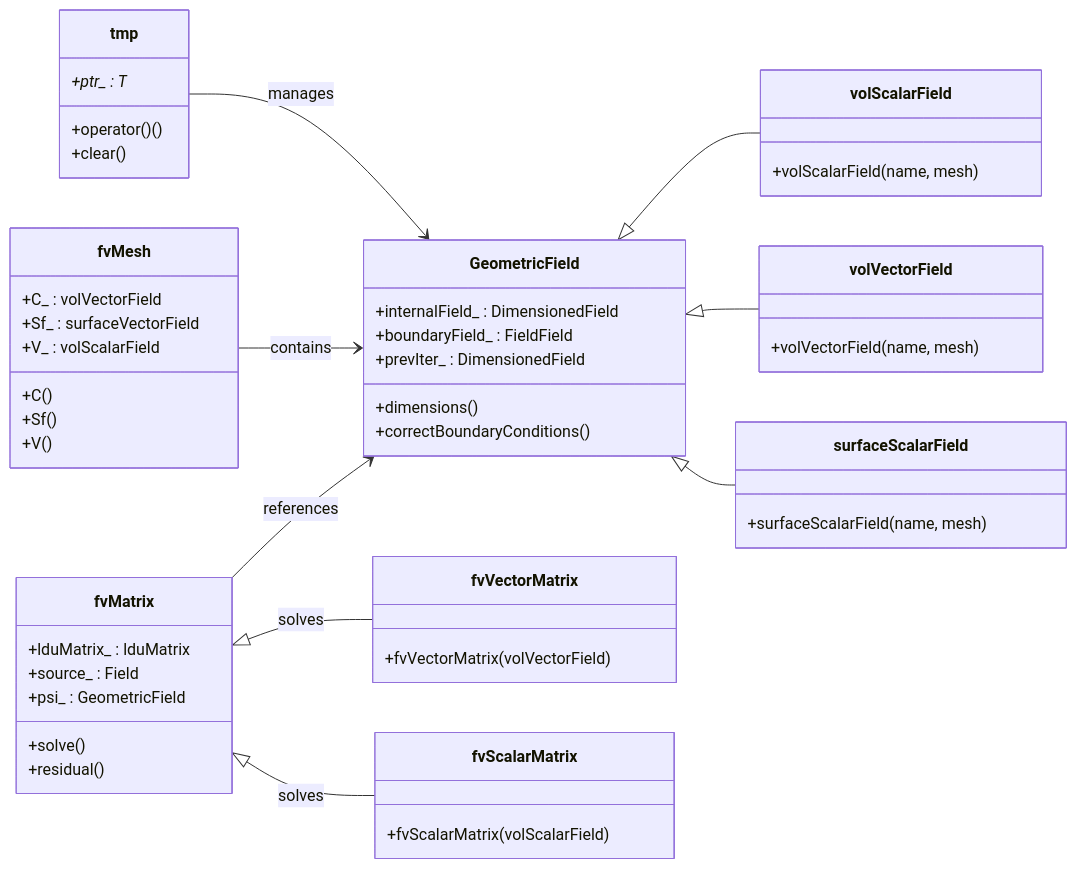
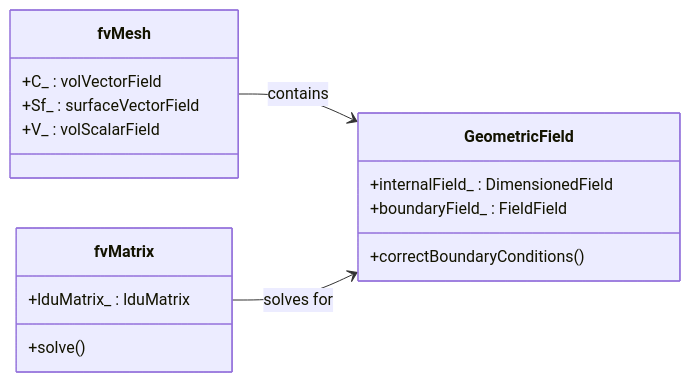
The third of 3 diagrams in daily_learning/2026-01-02.md (wramet/build-my-cfd), drawn with Mermaid before and after one commit. The commit also changed other lines of this file and 2 other files, not shown here.

````diff
--- a/daily_learning/2026-01-02.md
+++ b/daily_learning/2026-01-02.md
@@ -428,69 +283,20 @@
 ```mermaid
-%%{init: { 
-    "theme": "default", 
-    "useMaxWidth": false
-}}%%
 classDiagram
-    %% สั่งให้เรียงจาก ซ้ายไปขวา (ช่วยเรื่องพื้นที่แนวนอน)
     direction LR
-
     class GeometricField {
         +internalField_ : DimensionedField
         +boundaryField_ : FieldField
-        +prevIter_ : DimensionedField
-        +dimensions()
         +correctBoundaryConditions()
     }
-
-    class volScalarField {
-        +volScalarField(name, mesh)
-    }
-
-    class volVectorField {
-        +volVectorField(name, mesh)
-    }
-
-    class surfaceScalarField {
-        +surfaceScalarField(name, mesh)
-    }
-
-    class fvMatrix {
-        +lduMatrix_ : lduMatrix
-        +source_ : Field
-        +psi_ : GeometricField
-        +solve()
-        +residual()
-    }
-
-    class fvVectorMatrix {
-        +fvVectorMatrix(volVectorField)
-    }
-
-    class fvScalarMatrix {
-        +fvScalarMatrix(volScalarField)
-    }
-
-    class tmp {
-        +ptr_ : T*
-        +operator()()
-        +clear()
-    }
-
     class fvMesh {
         +C_ : volVectorField
         +Sf_ : surfaceVectorField
         +V_ : volScalarField
-        +C()
-        +Sf()
-        +V()
     }
-
-    GeometricField <|-- volScalarField
-    GeometricField <|-- volVectorField
-    GeometricField <|-- surfaceScalarField
-    fvMatrix <|-- fvVectorMatrix : solves
-    fvMatrix <|-- fvScalarMatrix : solves
-    tmp --> GeometricField : manages
+    class fvMatrix {
+        +lduMatrix_ : lduMatrix
+        +solve()
+    }
     fvMesh --> GeometricField : contains
-    fvMatrix --> GeometricField : references
+    fvMatrix --> GeometricField : solves for
 ```
````
